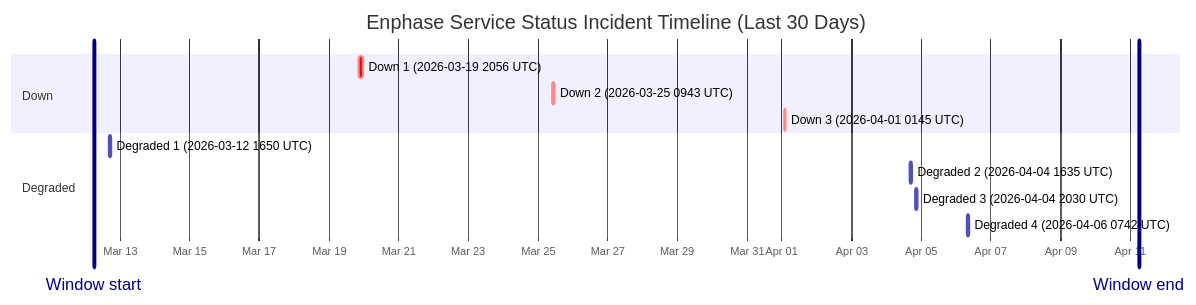
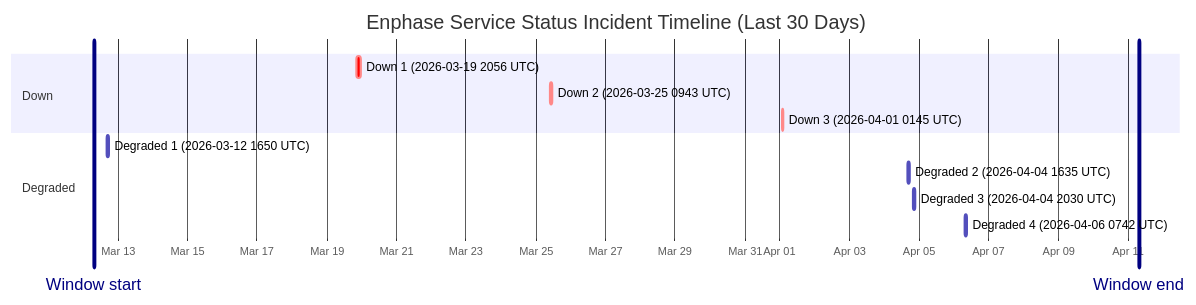
One commit to barneyonline/ha-enphase-ev-charger changed the diagram in wiki/Service-Status-History.md. Above: the diagram before and after it, drawn with Mermaid. The commit also changed other lines of this file and 3 other files, not shown here.

````diff
--- a/wiki/Service-Status-History.md
+++ b/wiki/Service-Status-History.md
@@ -14,17 +14,17 @@
 ```mermaid
 gantt
     title Enphase Service Status Incident Timeline (Last 30 Days)
     dateFormat  YYYY-MM-DDTHH:mm:ss
     axisFormat  %b %d
-    Window start :vert, window-start, 2026-03-12T06:00:19, 0ms
-    Window end :vert, window-end, 2026-04-11T06:00:19, 0ms
+    Window start :vert, window-start, 2026-03-12T07:32:40, 0ms
+    Window end :vert, window-end, 2026-04-11T07:32:40, 0ms
     section Down
     Down 1 (2026-03-19 2056 UTC) :crit, down-1, 2026-03-19T20:56:20, 145m
     Down 2 (2026-03-25 0943 UTC) :crit, down-2, 2026-03-25T09:43:28, 111m
     Down 3 (2026-04-01 0145 UTC) :crit, down-3, 2026-04-01T01:45:09, 60m
     section Degraded
     Degraded 1 (2026-03-12 1650 UTC) :active, degraded-1, 2026-03-12T16:50:43, 60m
     Degraded 2 (2026-04-04 1635 UTC) :active, degraded-2, 2026-04-04T16:35:17, 60m
     Degraded 3 (2026-04-04 2030 UTC) :active, degraded-3, 2026-04-04T20:30:40, 60m
     Degraded 4 (2026-04-06 0742 UTC) :active, degraded-4, 2026-04-06T07:42:09, 85m
 ```
````
